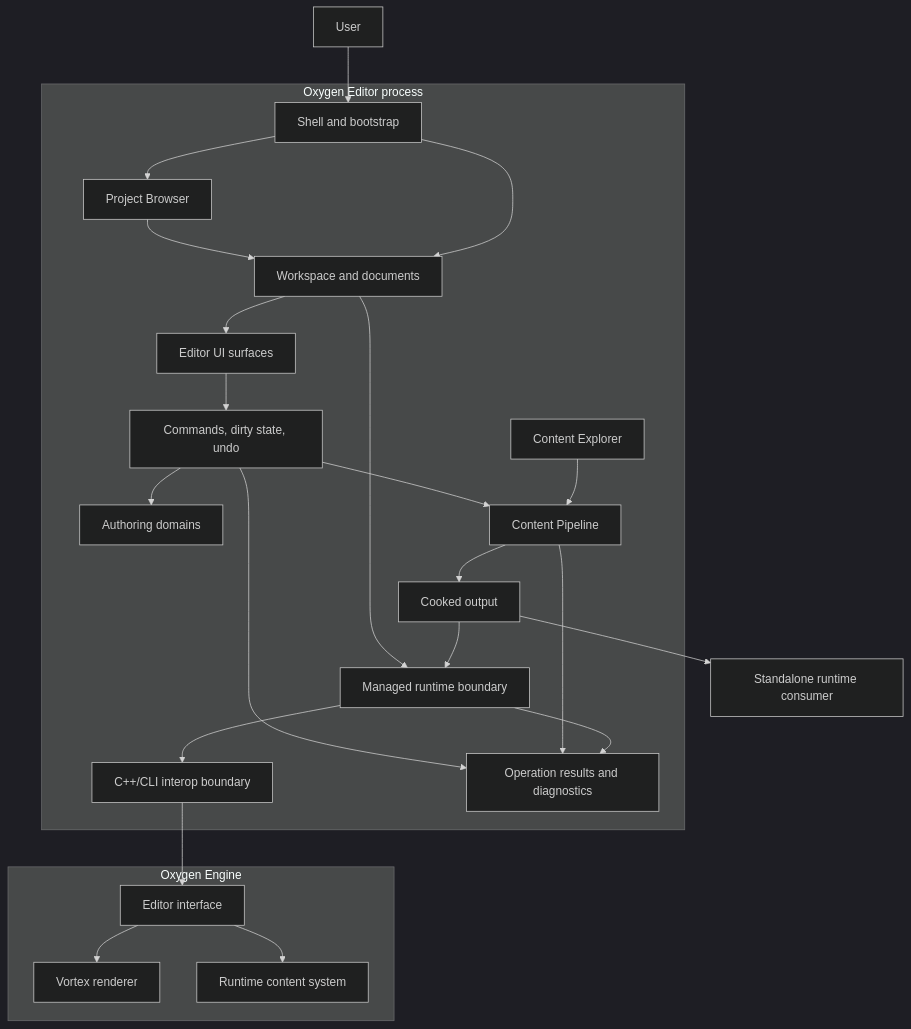
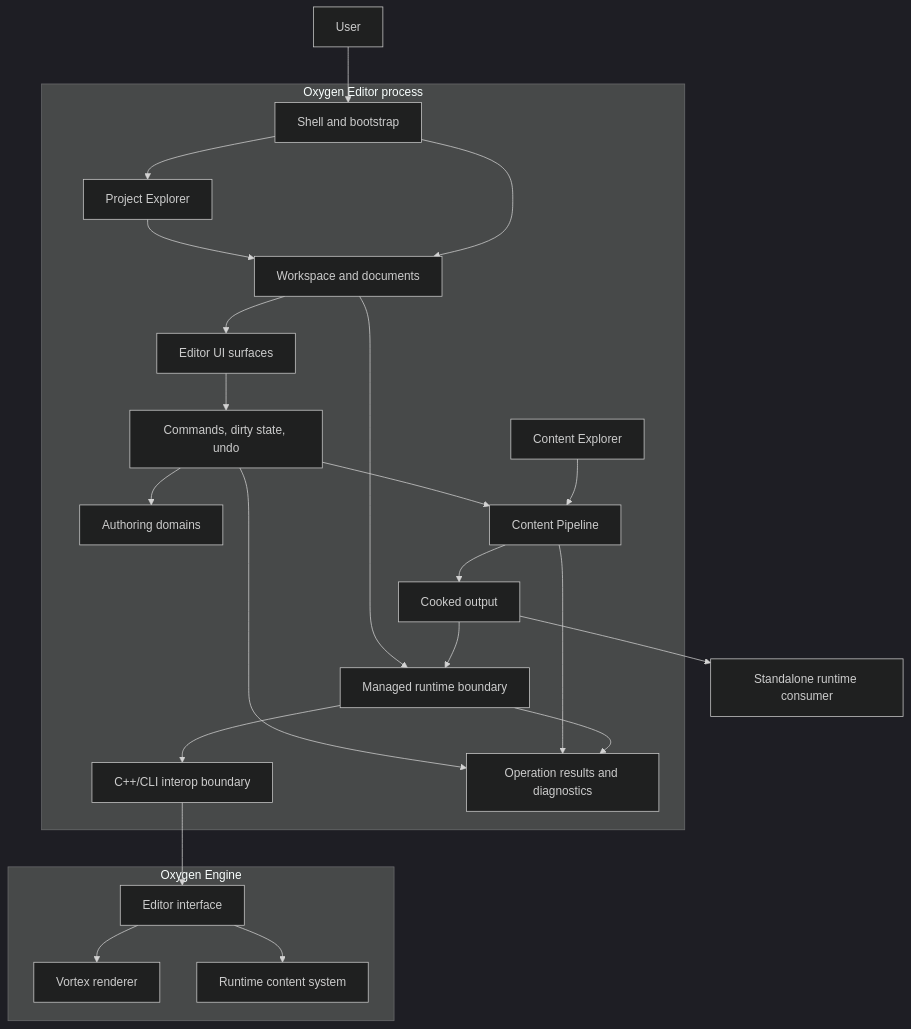
Before and after one commit to abdes/DroidNet: the first of 10 diagrams in design/editor/ARCHITECTURE.md, drawn with Mermaid (dark theme). The commit also changed other lines of this file and 104 other files, not shown here.

First line of the commit message:
refactor(project-explorer): name the start experience ProjectExplorer

````diff
--- a/design/editor/ARCHITECTURE.md
+++ b/design/editor/ARCHITECTURE.md
@@ -129,45 +129,45 @@
 ```mermaid
 flowchart TB
     User[User]
     subgraph Editor[Oxygen Editor process]
         Shell[Shell and bootstrap]
-        PB[Project Browser]
+        PB[Project Explorer]
         WS[Workspace and documents]
         UI[Editor UI surfaces]
         World[Authoring domains]
         Commands[Commands, dirty state, undo]
         CB[Content Explorer]
         Pipeline[Content Pipeline]
         Runtime[Managed runtime boundary]
         Interop[C++/CLI interop boundary]
         Results[Operation results and diagnostics]
         Cooked[Cooked output]
     end
     subgraph Engine[Oxygen Engine]
         EngineInterface[Editor interface]
         Vortex[Vortex renderer]
         Content[Runtime content system]
     end
     Standalone[Standalone runtime consumer]
 
     User --> Shell
     Shell --> PB
     PB --> WS
     Shell --> WS
     WS --> UI
     UI --> Commands
     Commands --> World
     Commands --> Pipeline
     CB --> Pipeline
     Pipeline --> Cooked
     WS --> Runtime
     Runtime --> Interop
     Interop --> EngineInterface
     EngineInterface --> Vortex
     EngineInterface --> Content
     Cooked --> Runtime
     Cooked --> Standalone
     Commands --> Results
     Pipeline --> Results
     Runtime --> Results
 ```
````
